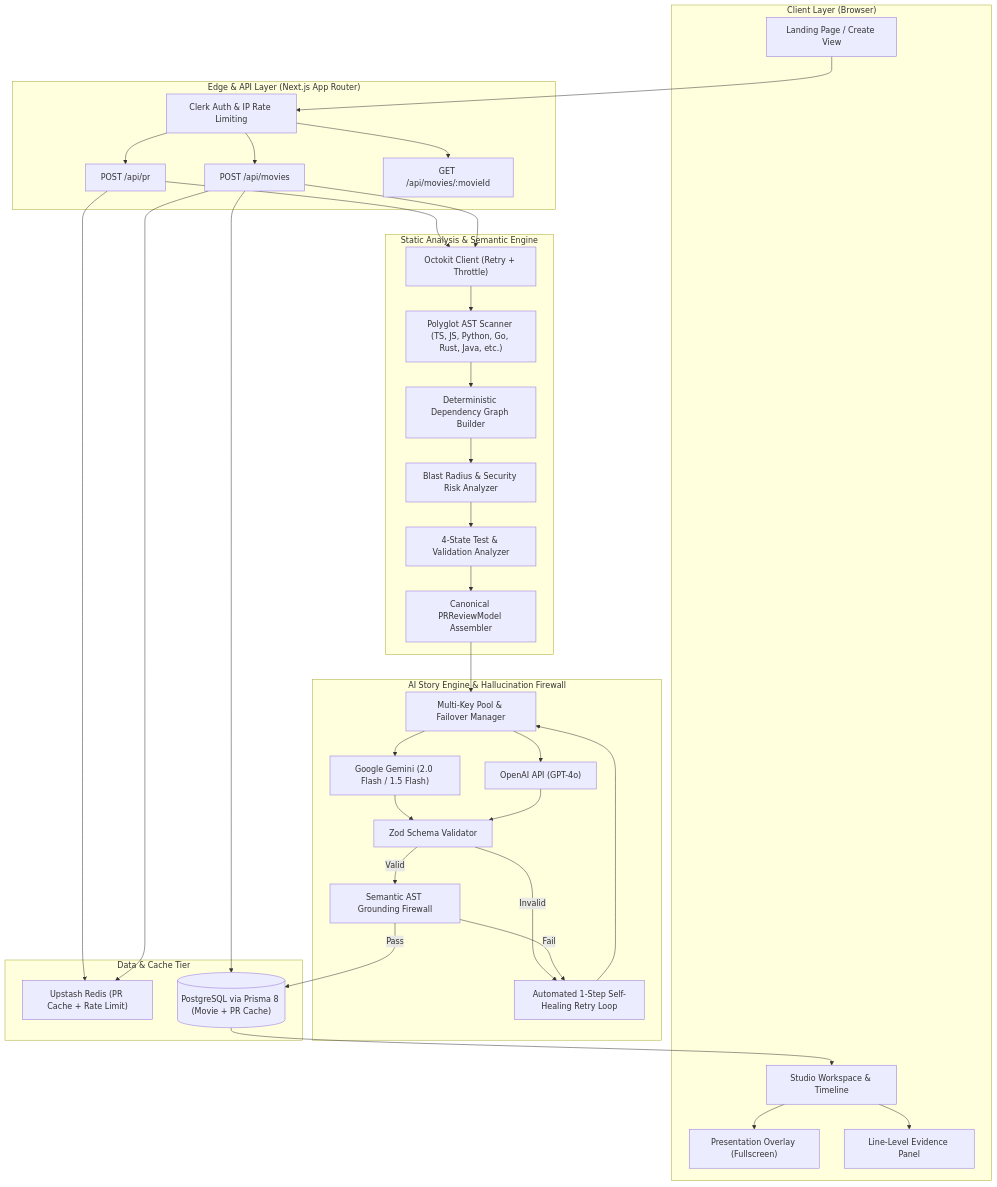
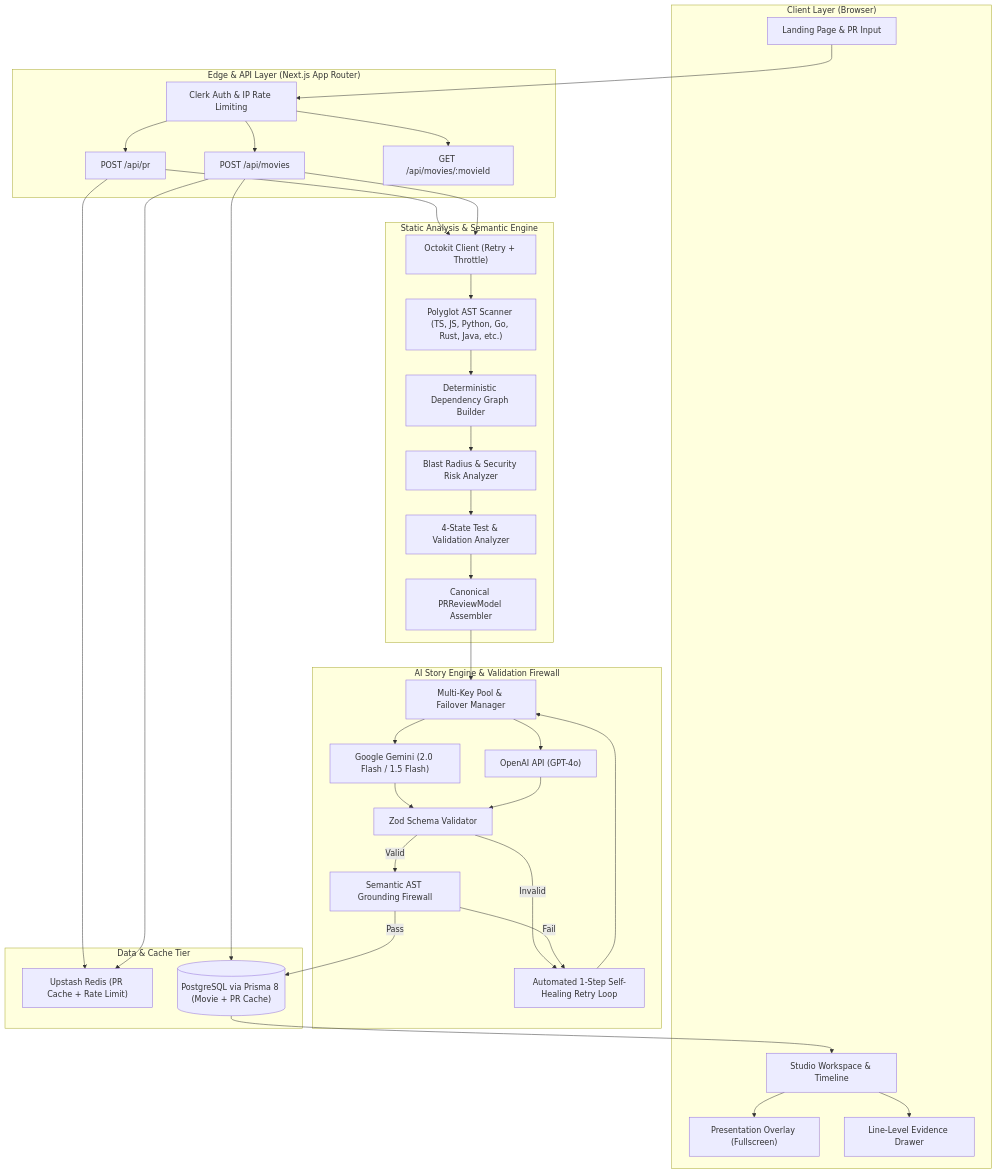
One commit to irajatsharma-10/pullmotion changed the first of 5 diagrams in README.md. Above: the diagram before and after it, drawn with Mermaid. The commit also changed other lines of this file, not shown here.

````diff
--- a/README.md
+++ b/README.md
@@ -112,72 +102,72 @@
 ```mermaid
 flowchart TB
     subgraph Client ["Client Layer (Browser)"]
-        UI["Landing Page / Create View"]
+        UI["Landing Page & PR Input"]
         Studio["Studio Workspace & Timeline"]
         PresOverlay["Presentation Overlay (Fullscreen)"]
-        Evidence["Line-Level Evidence Panel"]
+        Evidence["Line-Level Evidence Drawer"]
     end
 
     subgraph Edge ["Edge & API Layer (Next.js App Router)"]
         AuthMid["Clerk Auth & IP Rate Limiting"]
         PRRoute["POST /api/pr"]
         MovieRoute["POST /api/movies"]
         MovieIdRoute["GET /api/movies/:movieId"]
     end
 
     subgraph AnalysisEngine ["Static Analysis & Semantic Engine"]
         OctokitClient["Octokit Client (Retry + Throttle)"]
         Polyglot["Polyglot AST Scanner (TS, JS, Python, Go, Rust, Java, etc.)"]
         DepGraph["Deterministic Dependency Graph Builder"]
         RiskAnalyzer["Blast Radius & Security Risk Analyzer"]
         ValAnalyzer["4-State Test & Validation Analyzer"]
         ReviewBuilder["Canonical PRReviewModel Assembler"]
     end
 
-    subgraph AIOrchestrator ["AI Story Engine & Hallucination Firewall"]
+    subgraph AIOrchestrator ["AI Story Engine & Validation Firewall"]
         MultiKey["Multi-Key Pool & Failover Manager"]
         GeminiAPI["Google Gemini (2.0 Flash / 1.5 Flash)"]
         OpenAIAPI["OpenAI API (GPT-4o)"]
         ZodValidator["Zod Schema Validator"]
         SemanticGuard["Semantic AST Grounding Firewall"]
         SelfHealing["Automated 1-Step Self-Healing Retry Loop"]
     end
 
     subgraph DataStorage ["Data & Cache Tier"]
         Redis["Upstash Redis (PR Cache + Rate Limit)"]
         Postgres[("PostgreSQL via Prisma 8 (Movie + PR Cache)")]
     end
 
     UI --> AuthMid
     Studio --> PresOverlay
     Studio --> Evidence
     AuthMid --> PRRoute
     AuthMid --> MovieRoute
     AuthMid --> MovieIdRoute
 
     PRRoute --> Redis
     PRRoute --> OctokitClient
 
     MovieRoute --> Redis
     MovieRoute --> Postgres
     MovieRoute --> OctokitClient
     OctokitClient --> Polyglot
     Polyglot --> DepGraph
     DepGraph --> RiskAnalyzer
     RiskAnalyzer --> ValAnalyzer
     ValAnalyzer --> ReviewBuilder
 
     ReviewBuilder --> MultiKey
     MultiKey --> GeminiAPI
     MultiKey --> OpenAIAPI
     GeminiAPI --> ZodValidator
     OpenAIAPI --> ZodValidator
 
     ZodValidator -- Valid --> SemanticGuard
     SemanticGuard -- Pass --> Postgres
     ZodValidator -- Invalid --> SelfHealing
     SemanticGuard -- Fail --> SelfHealing
     SelfHealing --> MultiKey
 
     Postgres --> Studio
 ```
````
